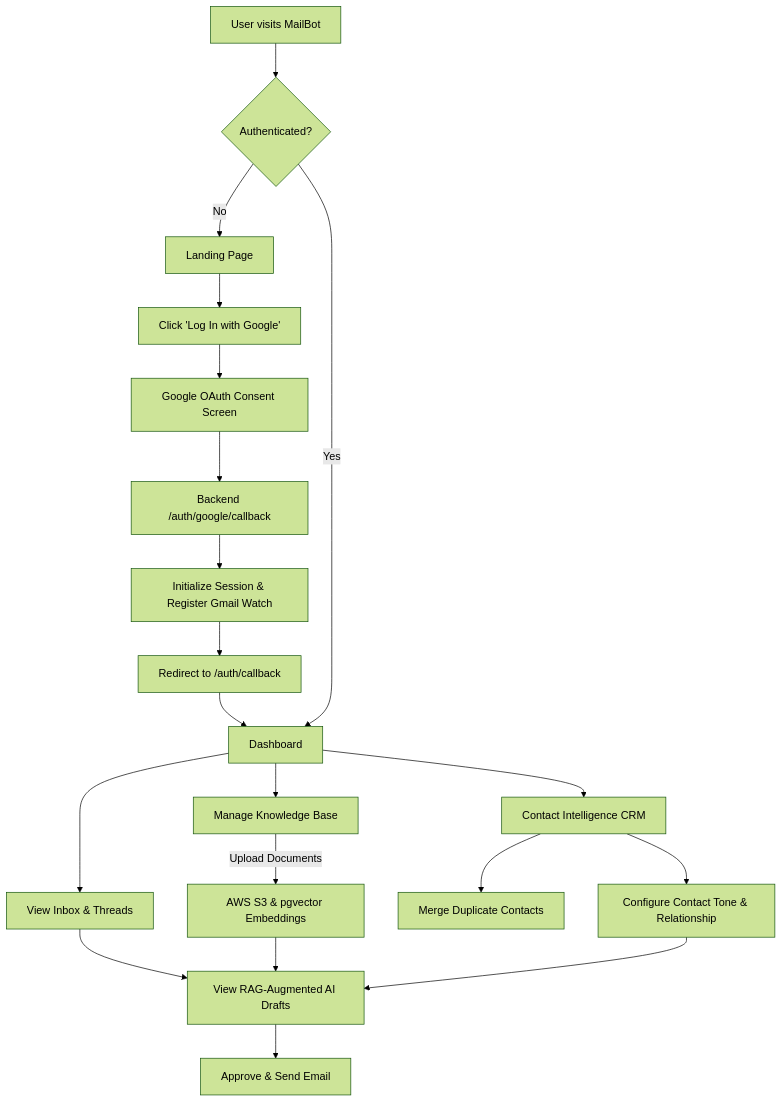
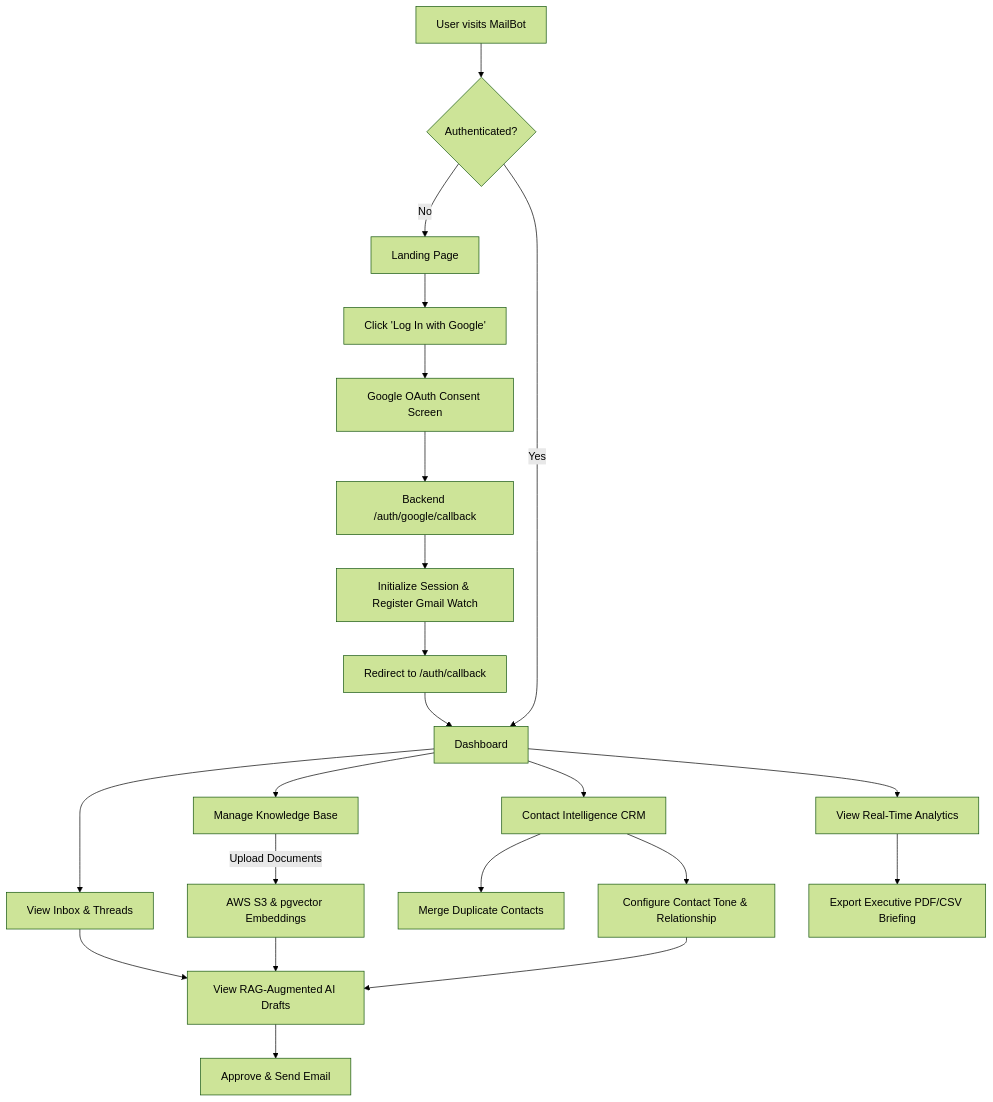
Before and after one commit to Lancerhawk/MailBot: the first of 5 diagrams in README.md, drawn with Mermaid (forest theme). The commit also changed other lines of this file and 41 other files, not shown here.

````diff
--- a/README.md
+++ b/README.md
@@ -71,22 +71,24 @@
 ```mermaid
 graph TD
     A[User visits MailBot] --> B{Authenticated?}
     B -->|No| C[Landing Page]
     C --> D[Click 'Log In with Google']
     D --> E[Google OAuth Consent Screen]
     E --> F[Backend /auth/google/callback]
     F --> G[Initialize Session & Register Gmail Watch]
     G --> H[Redirect to /auth/callback]
     H --> I[Dashboard]
     B -->|Yes| I[Dashboard]
     I --> J[View Inbox & Threads]
     I --> K[Manage Knowledge Base]
     I --> O[Contact Intelligence CRM]
+    I --> R[View Real-Time Analytics]
+    R --> S[Export Executive PDF/CSV Briefing]
     O --> P[Merge Duplicate Contacts]
     O --> Q[Configure Contact Tone & Relationship]
     K --> |Upload Documents| L[AWS S3 & pgvector Embeddings]
     J --> M[View RAG-Augmented AI Drafts]
     L --> M
     Q --> M
     M --> N[Approve & Send Email]
 ```
````
